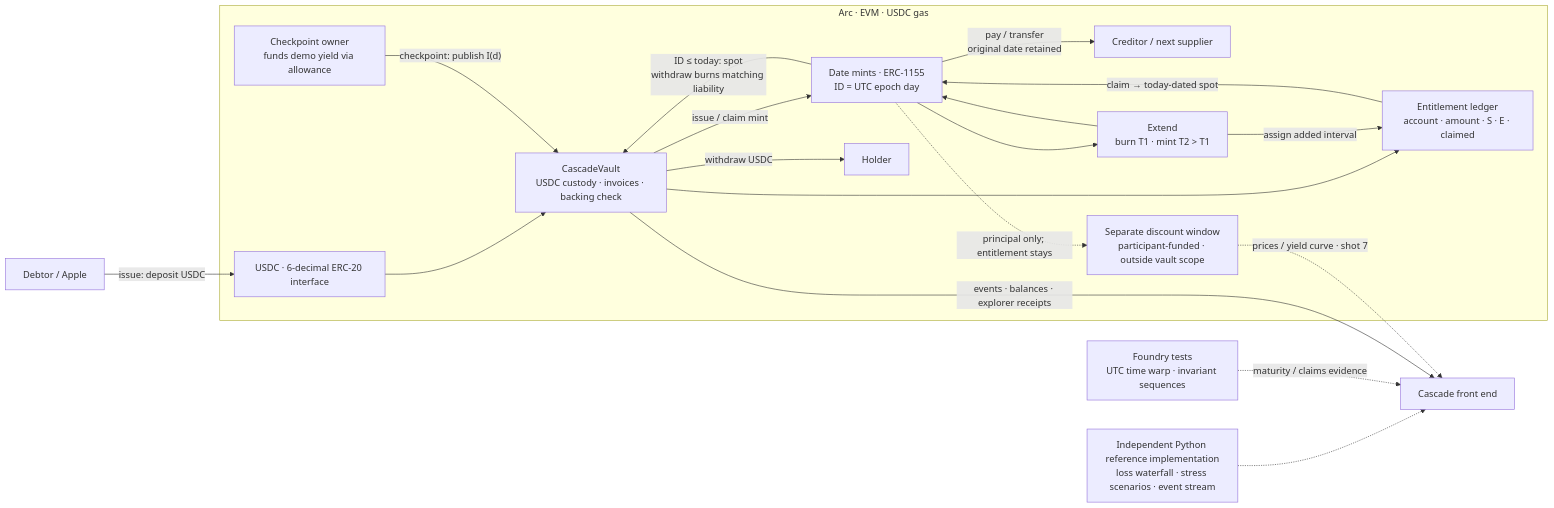
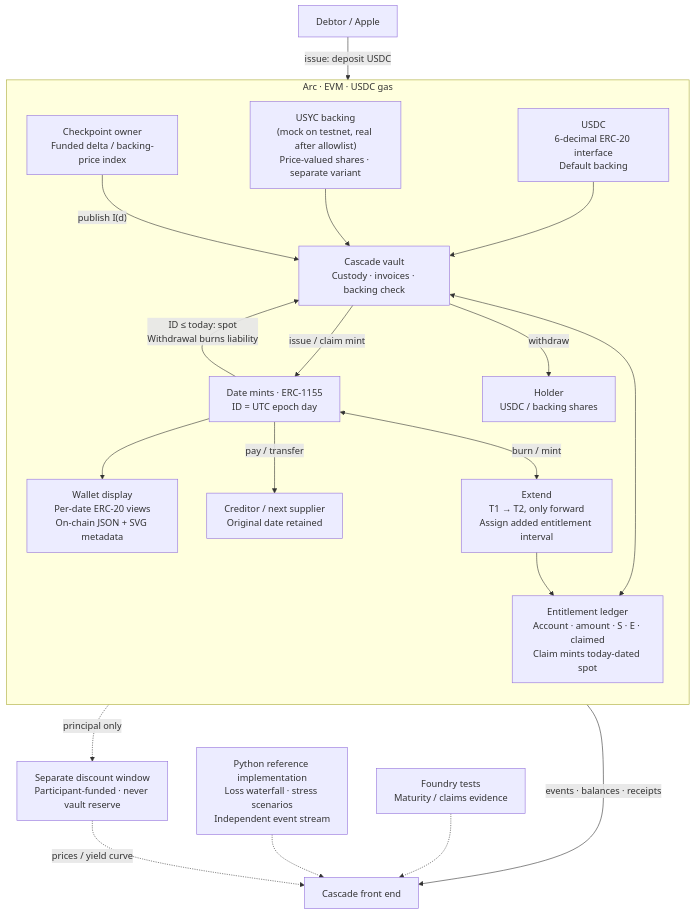
Before and after one commit to mcorrig4/cascade-money: the diagram in docs/architecture.md, drawn with Mermaid. The commit also changed other lines of this file and 7 other files, not shown here.

Commit message:
contracts: fork test guarded on ARC_FORK_URL; docs: architecture diagram rework (USYC backing, ERC-20 views, metadata)

````diff
--- a/docs/architecture.md
+++ b/docs/architecture.md
@@ -8,23 +7,24 @@
 ```mermaid
-flowchart LR
+flowchart TB
     APPLE["Debtor / Apple"] -->|"issue: deposit USDC"| USDC
     subgraph ARC["Arc · EVM · USDC gas"]
-        USDC["USDC · 6-decimal ERC-20 interface"] --> VAULT
-        VAULT["CascadeVault<br/>USDC custody · invoices · backing check"]
+        direction TB
+        USDC["USDC<br/>6-decimal ERC-20 interface<br/>Default backing"] --> VAULT
+        USYC["USYC backing<br/>(mock on testnet, real after allowlist)<br/>Price-valued shares · separate variant"] --> VAULT
+        OWNER["Checkpoint owner<br/>Funded delta / backing-price index"] -->|"publish I(d)"| VAULT
+        VAULT["Cascade vault<br/>Custody · invoices · backing check"]
         VAULT -->|"issue / claim mint"| DATES["Date mints · ERC-1155<br/>ID = UTC epoch day"]
-        DATES -->|"pay / transfer<br/>original date retained"| PAYEE["Creditor / next supplier"]
-        DATES --> EXTEND["Extend<br/>burn T1 · mint T2 > T1"]
-        EXTEND --> DATES
-        VAULT --> LEDGER["Entitlement ledger<br/>account · amount · S · E · claimed"]
-        EXTEND -->|"assign added interval"| LEDGER
-        OWNER["Checkpoint owner<br/>funds demo yield via allowance"] -->|"checkpoint: publish I(d)"| VAULT
-        LEDGER -->|"claim → today-dated spot"| DATES
-        DATES -->|"ID ≤ today: spot<br/>withdraw burns matching liability"| VAULT
-        VAULT -->|"withdraw USDC"| HOLDER["Holder"]
-        DATES -.->|"principal only; entitlement stays"| WINDOW["Separate discount window<br/>participant-funded · outside vault scope"]
+        DATES -->|"ID ≤ today: spot<br/>Withdrawal burns liability"| VAULT
+        DATES --> DISPLAY["Wallet display<br/>Per-date ERC-20 views<br/>On-chain JSON + SVG metadata"]
+        DATES -->|"pay / transfer"| PAYEE["Creditor / next supplier<br/>Original date retained"]
+        DATES <-->|"burn / mint"| EXTEND["Extend<br/>T1 → T2, only forward<br/>Assign added entitlement interval"]
+        VAULT <--> LEDGER["Entitlement ledger<br/>Account · amount · S · E · claimed<br/>Claim mints today-dated spot"]
+        EXTEND --> LEDGER
+        VAULT -->|"withdraw"| HOLDER["Holder<br/>USDC / backing shares"]
     end
-    VAULT -->|"events · balances · explorer receipts"| FRONTEND["Cascade front end"]
-    WINDOW -.->|"prices / yield curve · shot 7"| FRONTEND
-    REF["Independent Python reference implementation<br/>loss waterfall · stress scenarios · event stream"] -.-> FRONTEND
-    LOCAL["Foundry tests<br/>UTC time warp · invariant sequences"] -.->|"maturity / claims evidence"| FRONTEND
+    VAULT -->|"events · balances · receipts"| FRONTEND["Cascade front end"]
+    DATES -.->|"principal only"| WINDOW["Separate discount window<br/>Participant-funded · never vault reserve"]
+    WINDOW -.->|"prices / yield curve"| FRONTEND
+    REF["Python reference implementation<br/>Loss waterfall · stress scenarios<br/>Independent event stream"] -.-> FRONTEND
+    LOCAL["Foundry tests<br/>Maturity / claims evidence"] -.-> FRONTEND
 ```
````
